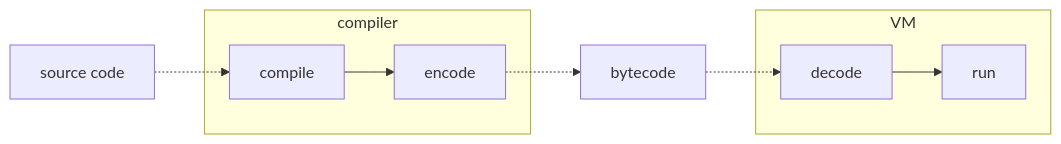
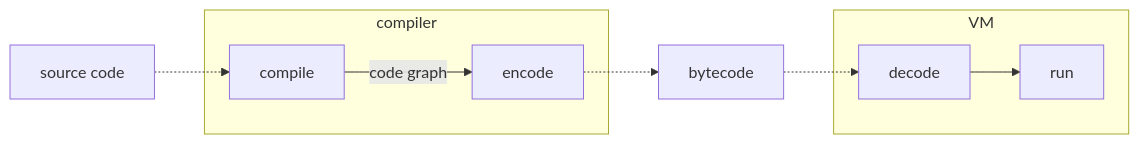
Before and after one commit to raviqqe/doc: the diagram in slides/papers/stak-scheme/encode-decode.mmd, drawn with Mermaid.

```diff
--- a/slides/papers/stak-scheme/encode-decode.mmd
+++ b/slides/papers/stak-scheme/encode-decode.mmd
@@ -1,12 +1,12 @@
 flowchart LR
   s[source code] -.-> compile
 
   subgraph compiler
-    compile --> encode
+    compile -->|code graph| encode
   end
 
   encode -.-> bytecode -.-> decode
 
   subgraph vm[VM]
     decode --> run
   end
```
